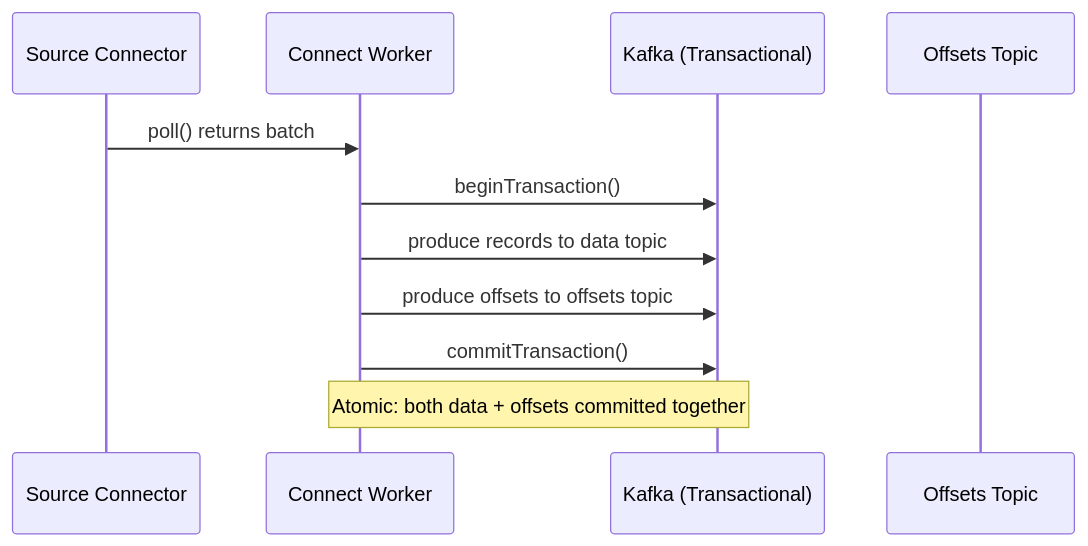
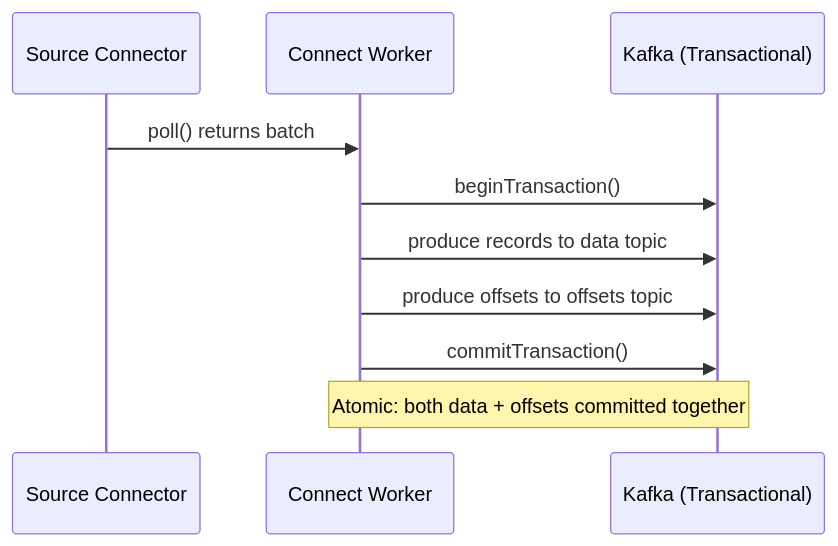
The eighth of 11 diagrams in docs/book/21-kafka-connect.md (bmscomp/kates), drawn with Mermaid before and after one commit. The commit also changed other lines of this file and 52 other files, not shown here.

````diff
--- a/docs/book/21-kafka-connect.md
+++ b/docs/book/21-kafka-connect.md
@@ -639,17 +667,16 @@
 ```mermaid
 %%| label: fig-kc-eos
 %%| fig-cap: "With exactly-once source support, a batch's records and its offsets commit in one transaction."
 %%| fig-alt: "Sequence diagram. The source connector's poll returns a batch to the Connect worker, which begins a transaction on Kafka, produces the records to the data topic and the offsets to the offsets topic, then commits the transaction. A note says data and offsets are committed together, atomically."
 sequenceDiagram
     participant SC as Source Connector
     participant W as Connect Worker
     participant K as Kafka (Transactional)
-    participant OT as Offsets Topic
 
     SC->>W: poll() returns batch
     W->>K: beginTransaction()
     W->>K: produce records to data topic
     W->>K: produce offsets to offsets topic
     W->>K: commitTransaction()
     Note over W,K: Atomic: both data + offsets committed together
 ```
````
